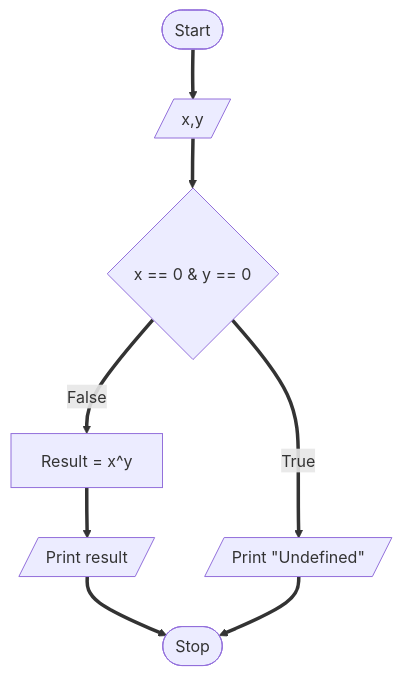
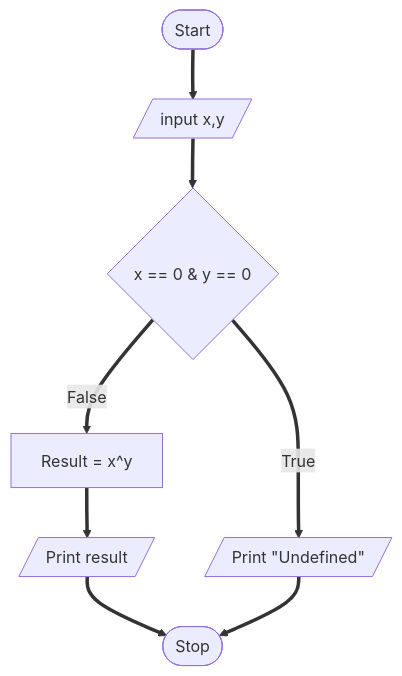
The diagram in ETS0831_Kidus_Tessema/Power_Functions.md (SWEG-2016EC-Batch/The-5-Bits), drawn with Mermaid before and after one commit.

````diff
--- a/ETS0831_Kidus_Tessema/Power_Functions.md
+++ b/ETS0831_Kidus_Tessema/Power_Functions.md
@@ -26,10 +26,10 @@
 ```mermaid
 flowchart TD
 id1([Start])
-id1 ==> id2[/x,y/]
+id1 ==> id2[/input x,y/]
 id2 ==> id3{x == 0 & y == 0}
 id3 == True ==> id4a[/Print "Undefined"/]
 id3 == False ==> id4b["Result = x^y"]
 id4b ==> id5[/Print result/]
 id5 & id4a ==> id6([Stop])
 ```
````
